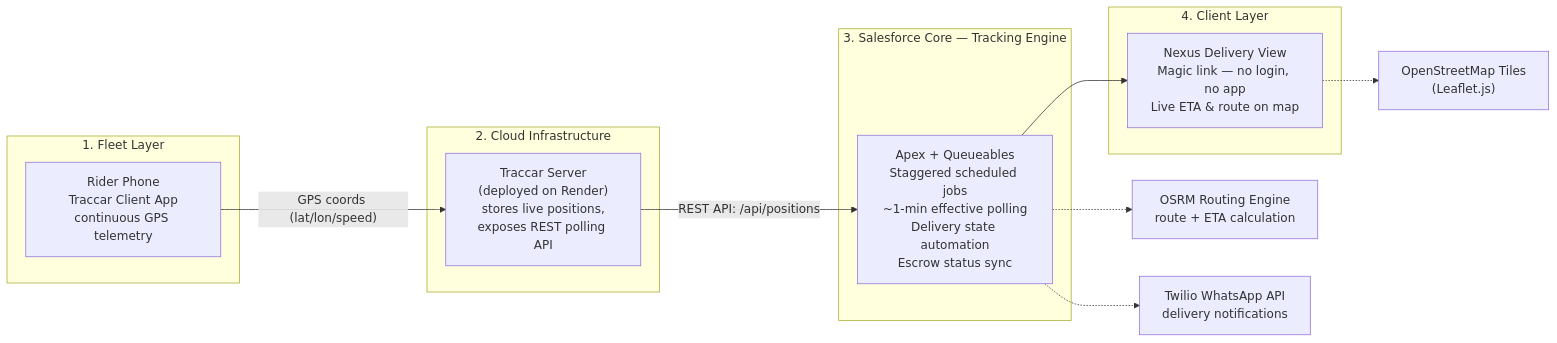
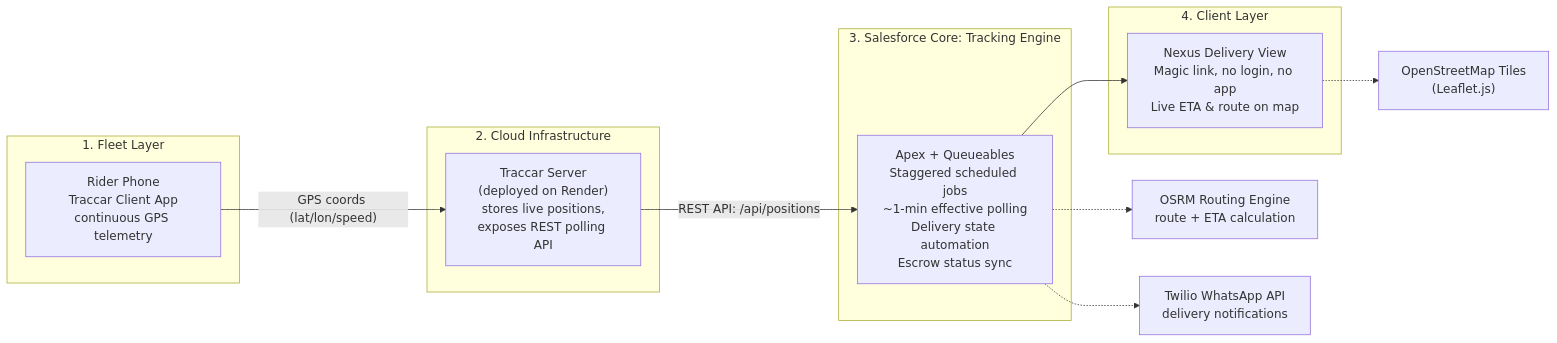
The second of 4 diagrams in README.md (zeinebroihii/ecommerce-platform), drawn with Mermaid before and after one commit. The commit also changed other lines of this file, not shown here.

````diff
--- a/README.md
+++ b/README.md
@@ -71,26 +71,26 @@
 ```mermaid
 flowchart LR
     subgraph Fleet["1. Fleet Layer"]
         PHONE["Rider Phone\nTraccar Client App\ncontinuous GPS telemetry"]
     end
 
     subgraph Cloud["2. Cloud Infrastructure"]
         TRACCAR["Traccar Server\n(deployed on Render)\nstores live positions,\nexposes REST polling API"]
     end
 
-    subgraph SFCore["3. Salesforce Core — Tracking Engine"]
+    subgraph SFCore["3. Salesforce Core: Tracking Engine"]
         ENGINE["Apex + Queueables\nStaggered scheduled jobs\n~1-min effective polling\nDelivery state automation\nEscrow status sync"]
     end
 
     subgraph ClientLayer["4. Client Layer"]
-        DELIVERY["Nexus Delivery View\nMagic link — no login, no app\nLive ETA & route on map"]
+        DELIVERY["Nexus Delivery View\nMagic link, no login, no app\nLive ETA & route on map"]
     end
 
     PHONE -- "GPS coords (lat/lon/speed)" --> TRACCAR
     TRACCAR -- "REST API: /api/positions" --> ENGINE
     ENGINE --> DELIVERY
 
     ENGINE -.-> OSRM["OSRM Routing Engine\nroute + ETA calculation"]
     ENGINE -.-> WA["Twilio WhatsApp API\ndelivery notifications"]
     DELIVERY -.-> OSM["OpenStreetMap Tiles\n(Leaflet.js)"]
 ```
````
